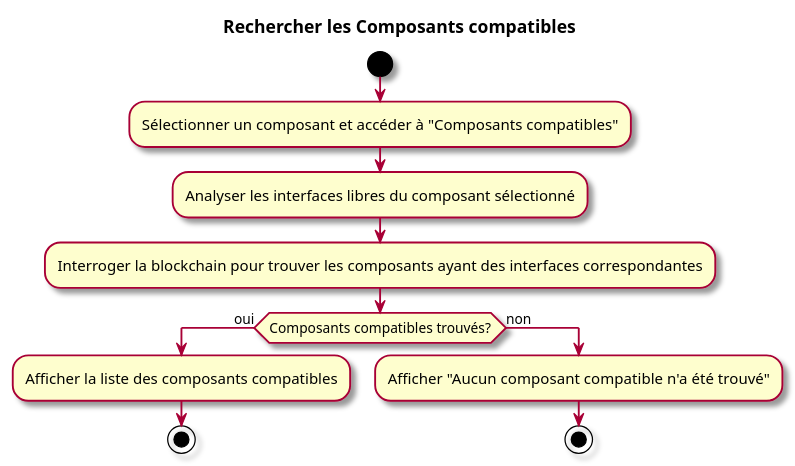
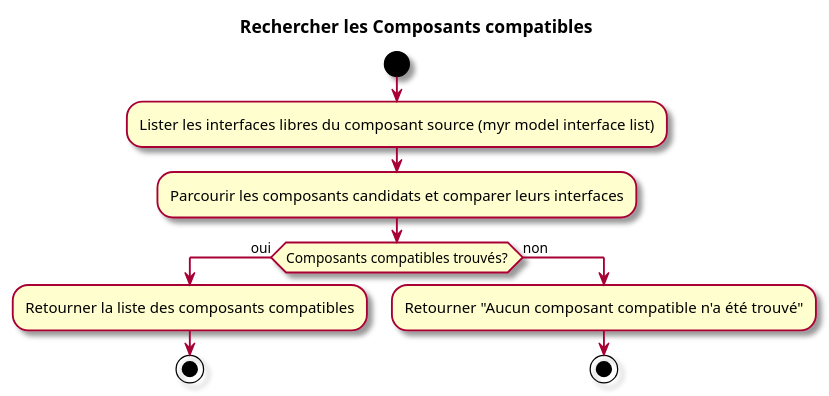
Before and after one commit to olivaux/myr: the second of 2 diagrams in specs/1-Expression/UCREC-Recherche/UCREC02.md, drawn with PlantUML. The commit also changed other lines of this file and 65 other files, not shown here.

````diff
--- a/specs/1-Expression/UCREC-Recherche/UCREC02.md
+++ b/specs/1-Expression/UCREC-Recherche/UCREC02.md
@@ -62,17 +63,16 @@
 ```plantuml
 @startuml
 skin rose
 title Rechercher les Composants compatibles
 start
-:Sélectionner un composant et accéder à "Composants compatibles";
-:Analyser les interfaces libres du composant sélectionné;
-:Interroger la blockchain pour trouver les composants ayant des interfaces correspondantes;
+:Lister les interfaces libres du composant source (myr model interface list);
+:Parcourir les composants candidats et comparer leurs interfaces;
 if (Composants compatibles trouvés?) then (oui)
-  :Afficher la liste des composants compatibles;
+  :Retourner la liste des composants compatibles;
   stop
 else (non)
-  :Afficher "Aucun composant compatible n'a été trouvé";
+  :Retourner "Aucun composant compatible n'a été trouvé";
   stop
 endif
 @enduml
 ```
````
